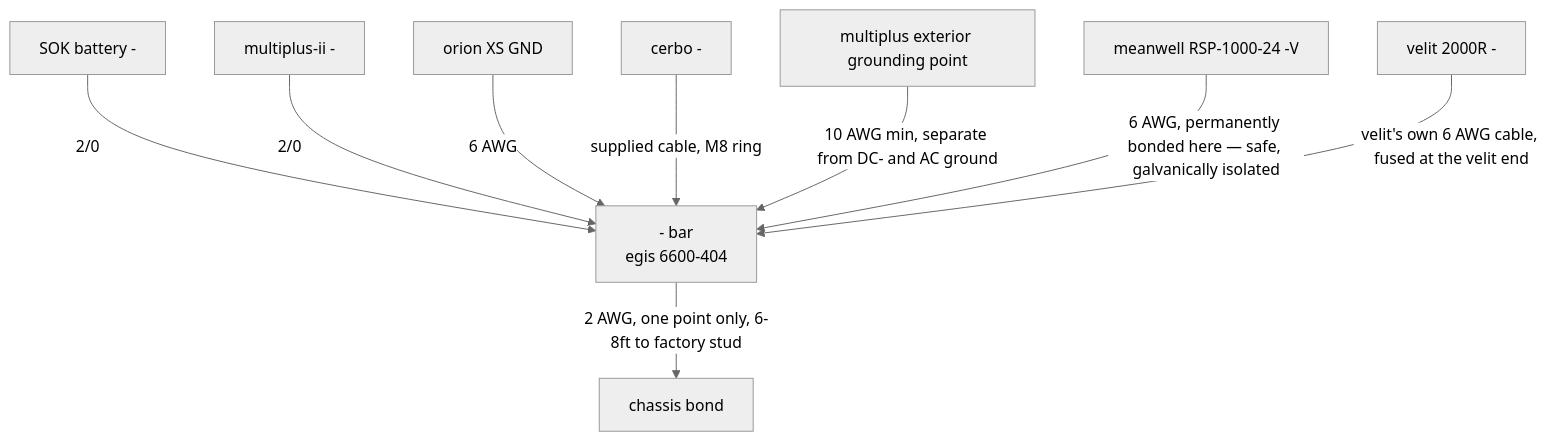
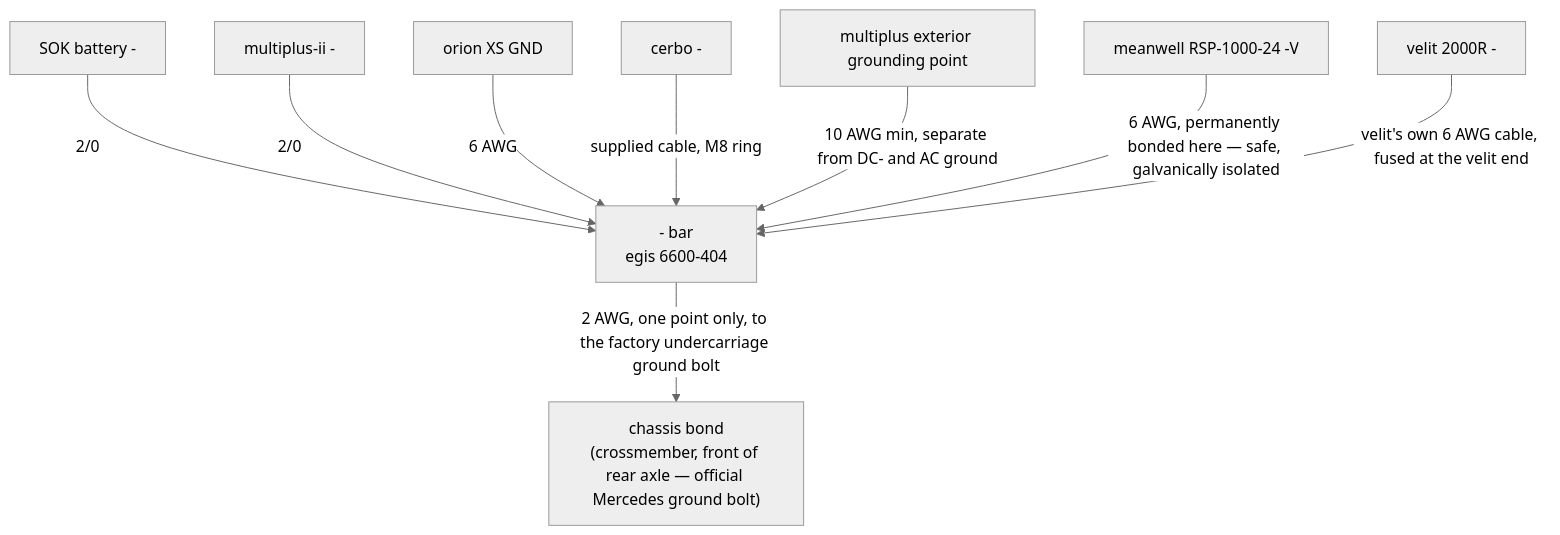
The second of 6 diagrams in electrical/PLAN.md (timit/vandalia), drawn with Mermaid (neutral theme) before and after one commit. The commit also changed other lines of this file and 2 other files, not shown here.

````diff
--- a/electrical/PLAN.md
+++ b/electrical/PLAN.md
@@ -73,11 +73,11 @@
 ```mermaid
 flowchart TB
   sokn["SOK battery -"] -->|"2/0"| nbar["- bar<br/>egis 6600-404"]
   mpn["multiplus-ii -"] -->|"2/0"| nbar
   xsg["orion XS GND"] -->|"6 AWG"| nbar
   cerbon["cerbo -"] -->|"supplied cable, M8 ring"| nbar
   mpg["multiplus exterior grounding point"] -->|"10 AWG min, separate from DC- and AC ground"| nbar
   mwn["meanwell RSP-1000-24 -V"] -->|"6 AWG, permanently bonded here — safe, galvanically isolated"| nbar
   veln["velit 2000R -"] -->|"velit's own 6 AWG cable, fused at the velit end"| nbar
-  nbar -->|"2 AWG, one point only, 6-8ft to factory stud"| chassis["chassis bond"]
+  nbar -->|"2 AWG, one point only, to the factory undercarriage ground bolt"| chassis["chassis bond<br/>(crossmember, front of rear axle — official Mercedes ground bolt)"]
 ```
````
